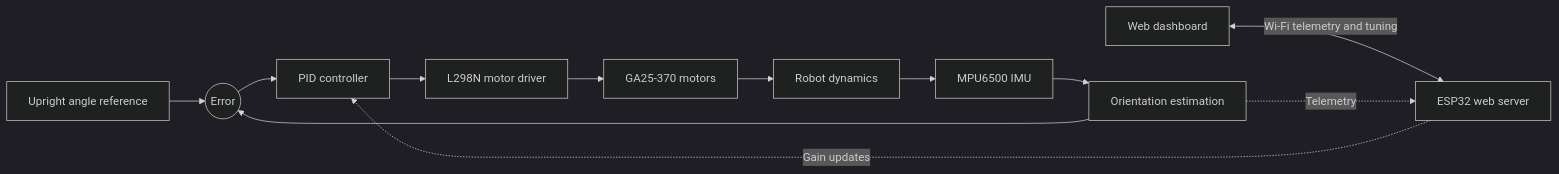
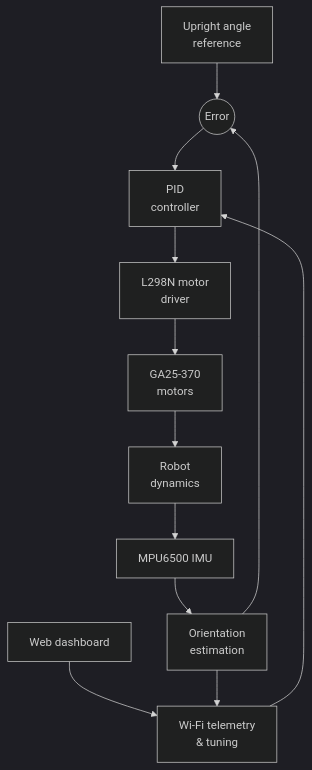
Before and after one commit to ChuongHKNguyen/esp32-self-balancing-robot: the diagram in README.md, drawn with Mermaid (dark theme). The commit also changed other lines of this file, not shown here.

````diff
--- a/README.md
+++ b/README.md
@@ -63,14 +63,27 @@
 ```mermaid
-flowchart LR
-    R[Upright angle reference] --> E((Error))
-    E --> P[PID controller]
-    P --> D[L298N motor driver]
-    D --> M[GA25-370 motors]
-    M --> B[Robot dynamics]
-    B --> I[MPU6500 IMU]
-    I --> F[Orientation estimation]
-    F --> E
-    W[Web dashboard] <-->|Wi-Fi telemetry and tuning| C[ESP32 web server]
-    C -. Gain updates .-> P
-    F -. Telemetry .-> C
+flowchart TD
+    A[Upright angle<br/>reference]
+    B((Error))
+    C[PID<br/>controller]
+    D[L298N motor<br/>driver]
+    E[GA25-370<br/>motors]
+    F[Robot<br/>dynamics]
+    G[MPU6500 IMU]
+    H[Orientation<br/>estimation]
+
+    I[Web dashboard]
+    J[Wi-Fi telemetry<br/>& tuning]
+
+    A --> B
+    H --> B
+    B --> C
+    C --> D
+    D --> E
+    E --> F
+    F --> G
+    G --> H
+
+    I --> J
+    J --> C
+    H --> J
 ```
````
